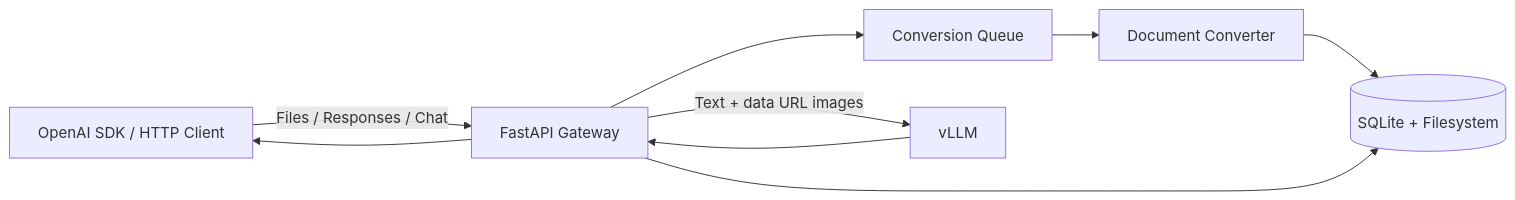
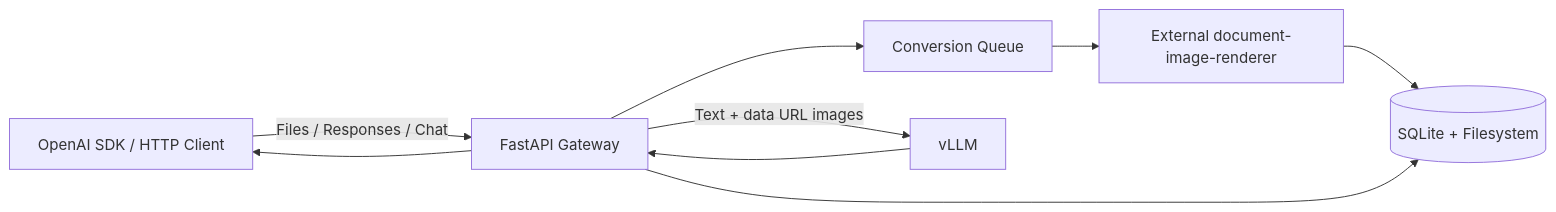
One commit to mochizuki875/vllm-file-gateway changed the first of 2 diagrams in DESIGN.md. Above: the diagram before and after it, drawn with Mermaid. The commit also changed other lines of this file and 44 other files, not shown here.

Commit message:
separate document rendering logic to external library

````diff
--- a/DESIGN.md
+++ b/DESIGN.md
@@ -67,18 +68,18 @@
 ```mermaid
 flowchart LR
   Client[OpenAI SDK / HTTP Client]
   API[FastAPI Gateway]
   Queue[Conversion Queue]
-  Converter[Document Converter]
+  Converter[External document-image-renderer]
   Storage[(SQLite + Filesystem)]
   VLLM[vLLM]
 
   Client -->|Files / Responses / Chat| API
   API --> Queue
   Queue --> Converter
   Converter --> Storage
   API --> Storage
   API -->|Text + data URL images| VLLM
   VLLM --> API
   API --> Client
 ```
````
